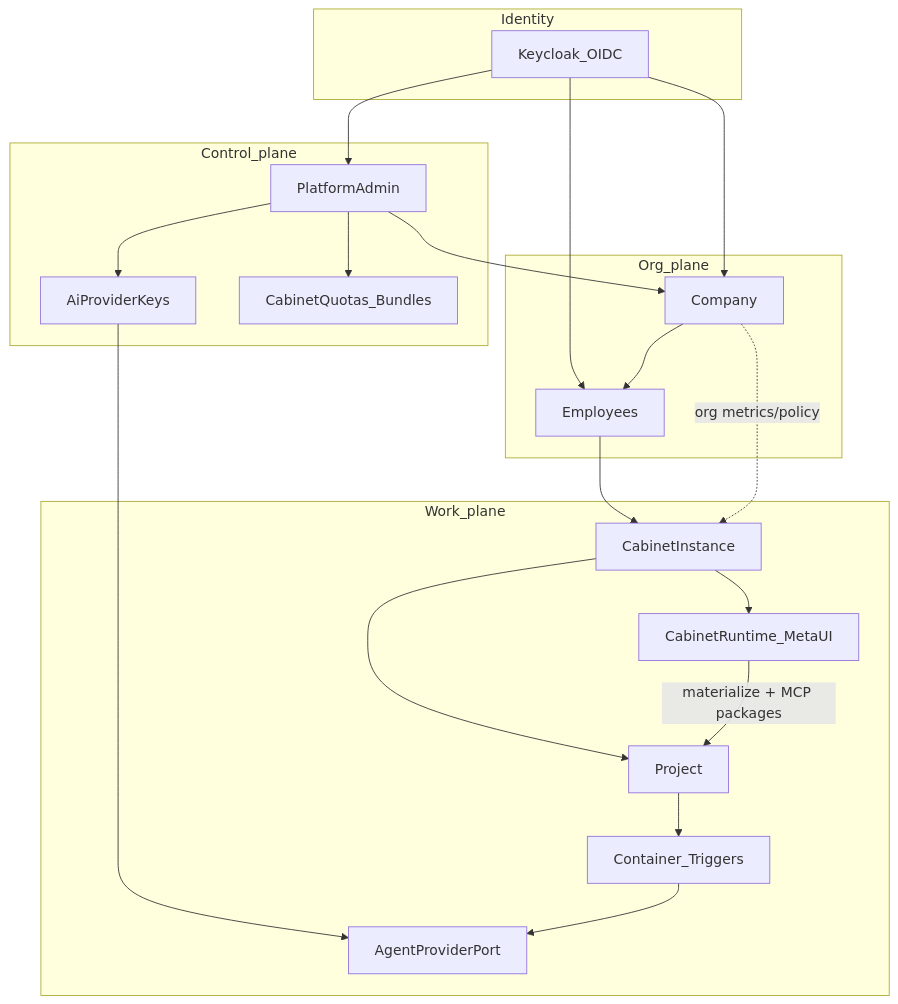
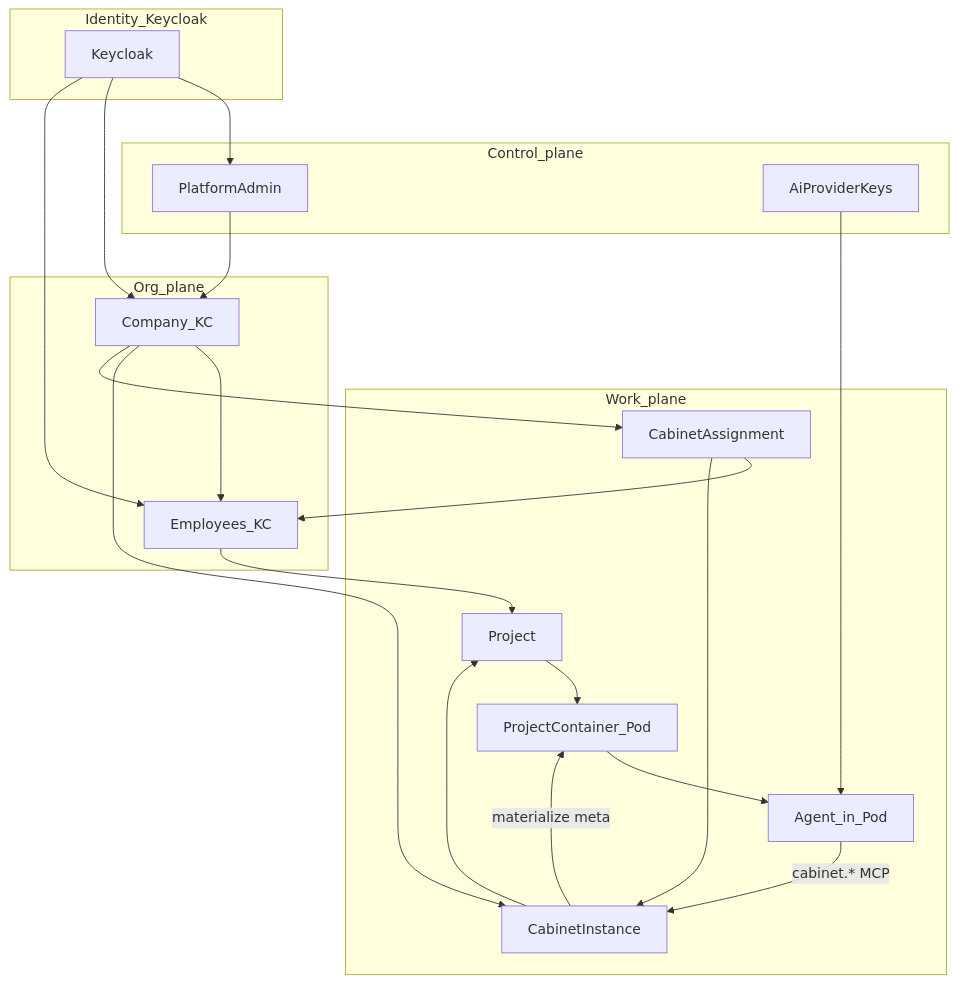
Before and after one commit to ne-tort/agentscale: the diagram in docs/target/09-gap-map.md, drawn with Mermaid. The commit also changed other lines of this file and 34 other files, not shown here.

````diff
--- a/docs/target/09-gap-map.md
+++ b/docs/target/09-gap-map.md
@@ -55,38 +81,38 @@
 ```mermaid
 flowchart TB
-  subgraph identity [Identity]
-    KC[Keycloak_OIDC]
+  subgraph identity [Identity_Keycloak]
+    KC[Keycloak]
   end
   subgraph control [Control_plane]
     Admin[PlatformAdmin]
     Keys[AiProviderKeys]
-    Quotas[CabinetQuotas_Bundles]
   end
   subgraph org [Org_plane]
-    Company[Company]
-    Employees[Employees]
+    Company[Company_KC]
+    Employees[Employees_KC]
   end
   subgraph work [Work_plane]
     CabInst[CabinetInstance]
-    Runtime[CabinetRuntime_MetaUI]
+    Assign[CabinetAssignment]
     Project[Project]
-    Container[Container_Triggers]
-    Agent[AgentProviderPort]
+    Pod[ProjectContainer_Pod]
+    Agent[Agent_in_Pod]
   end
 
   KC --> Admin
   KC --> Company
   KC --> Employees
-  Admin --> Keys
-  Admin --> Quotas
   Admin --> Company
   Company --> Employees
-  Employees --> CabInst
-  Company -.->|"org metrics/policy"| CabInst
-  CabInst --> Runtime
+  Company --> CabInst
+  Company --> Assign
+  Assign --> Employees
+  Assign --> CabInst
+  Employees --> Project
   CabInst --> Project
-  Project --> Container
-  Runtime -->|"materialize + MCP packages"| Project
+  Project --> Pod
+  CabInst -->|"materialize meta"| Pod
+  Pod --> Agent
+  Agent -->|"cabinet.* MCP"| CabInst
   Keys --> Agent
-  Container --> Agent
 ```
````
